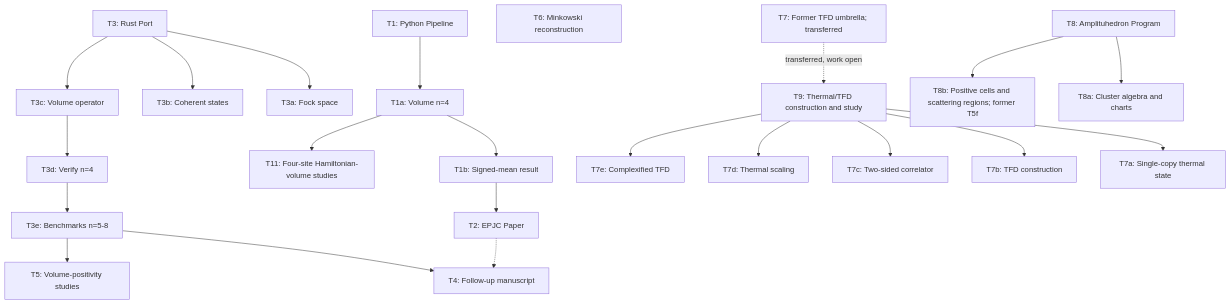
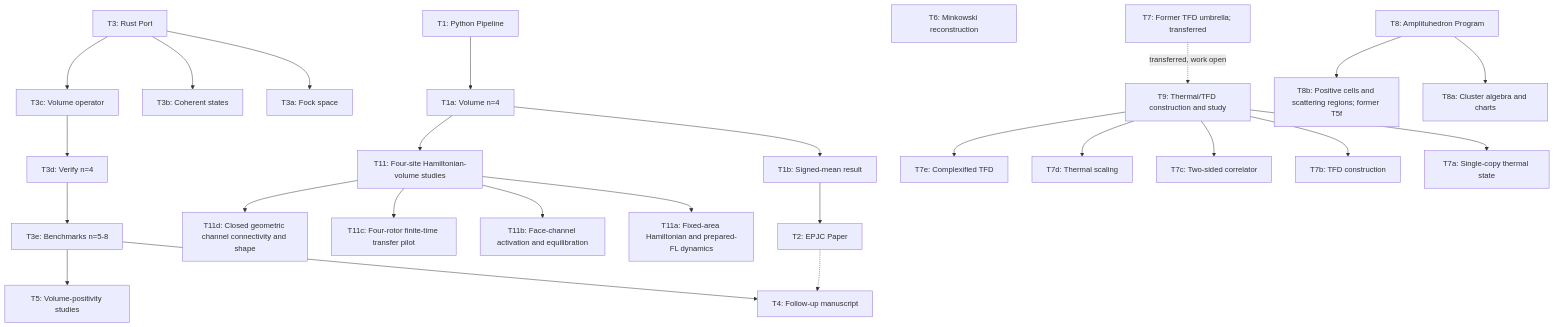
The diagram in memory-bank/tasks.md (space-cadet/lqg-scattering), drawn with Mermaid before and after one commit. The commit also changed other lines of this file and 279 other files, not shown here.

First line of the commit message:
T9, T9a, T11: Extend thermal, rotor and geometric studies, dashboard and figures

````diff
--- a/memory-bank/tasks.md
+++ b/memory-bank/tasks.md
@@ -374,46 +378,54 @@
 ```mermaid
 graph TD
     T1[T1: Python Pipeline]
     T1a[T1a: Volume n=4]
     T1b[T1b: Signed-mean result]
     T2[T2: EPJC Paper]
     T3[T3: Rust Port]
     T3a[T3a: Fock space]
     T3b[T3b: Coherent states]
     T3c[T3c: Volume operator]
     T3d[T3d: Verify n=4]
     T3e[T3e: Benchmarks n=5-8]
     T4[T4: Follow-up manuscript]
     T5[T5: Volume-positivity studies]
     T6[T6: Minkowski reconstruction]
     T7[T7: Former TFD umbrella; transferred]
     T7a[T7a: Single-copy thermal state]
     T7b[T7b: TFD construction]
     T7c[T7c: Two-sided correlator]
     T7d[T7d: Thermal scaling]
     T7e[T7e: Complexified TFD]
     T8[T8: Amplituhedron Program]
     T9[T9: Thermal/TFD construction and study]
     T8a[T8a: Cluster algebra and charts]
     T8b[T8b: Positive cells and scattering regions; former T5f]
     T11[T11: Four-site Hamiltonian-volume studies]
+    T11a[T11a: Fixed-area Hamiltonian and prepared-FL dynamics]
+    T11b[T11b: Face-channel activation and equilibration]
+    T11c[T11c: Four-rotor finite-time transfer pilot]
+    T11d[T11d: Closed geometric channel connectivity and shape]
 
     T1 --> T1a --> T1b --> T2
     T3 --> T3a
     T3 --> T3b
     T3 --> T3c
     T3c --> T3d
     T3d --> T3e
     T3e --> T4
     T2 -.-> T4
     T3e --> T5
     T8 --> T8a
     T8 --> T8b
     T7 -. transferred, work open .-> T9
     T9 --> T7a
     T9 --> T7b
     T9 --> T7c
     T9 --> T7d
     T9 --> T7e
     T1a --> T11
+    T11 --> T11a
+    T11 --> T11b
+    T11 --> T11c
+    T11 --> T11d
 ```
````
